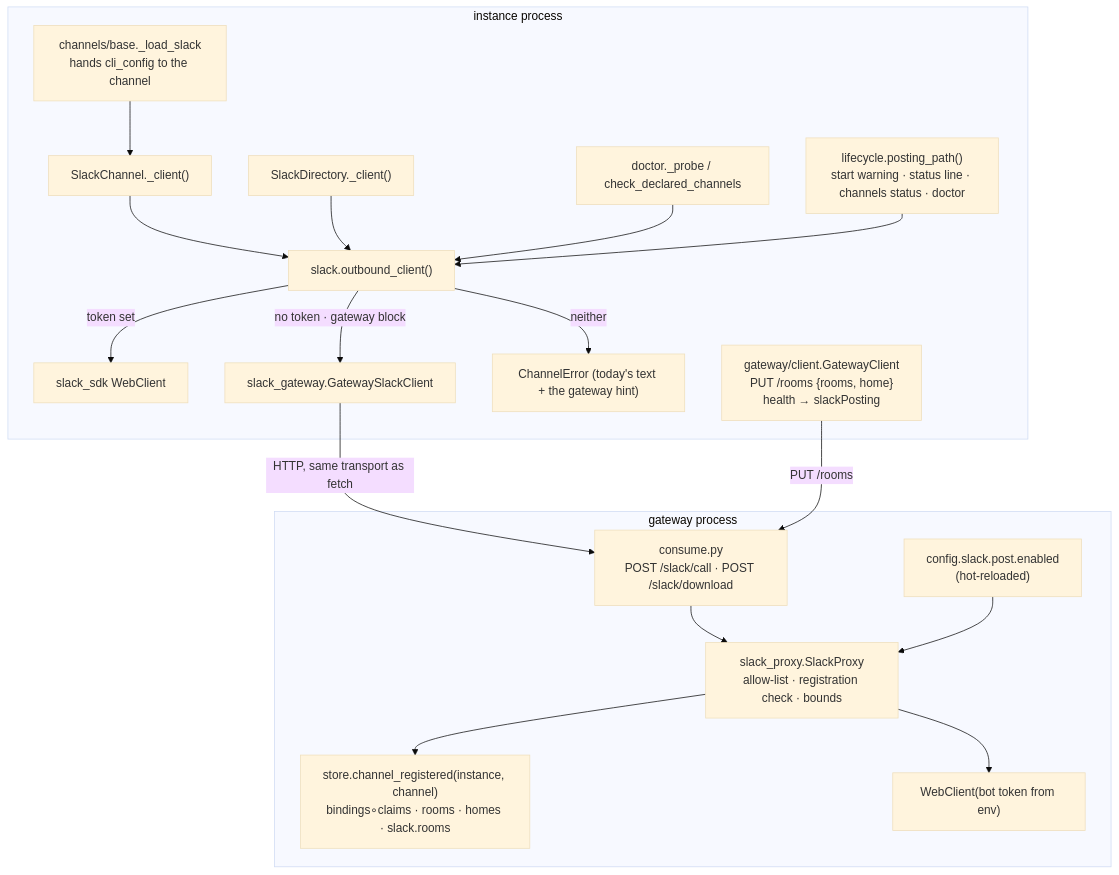
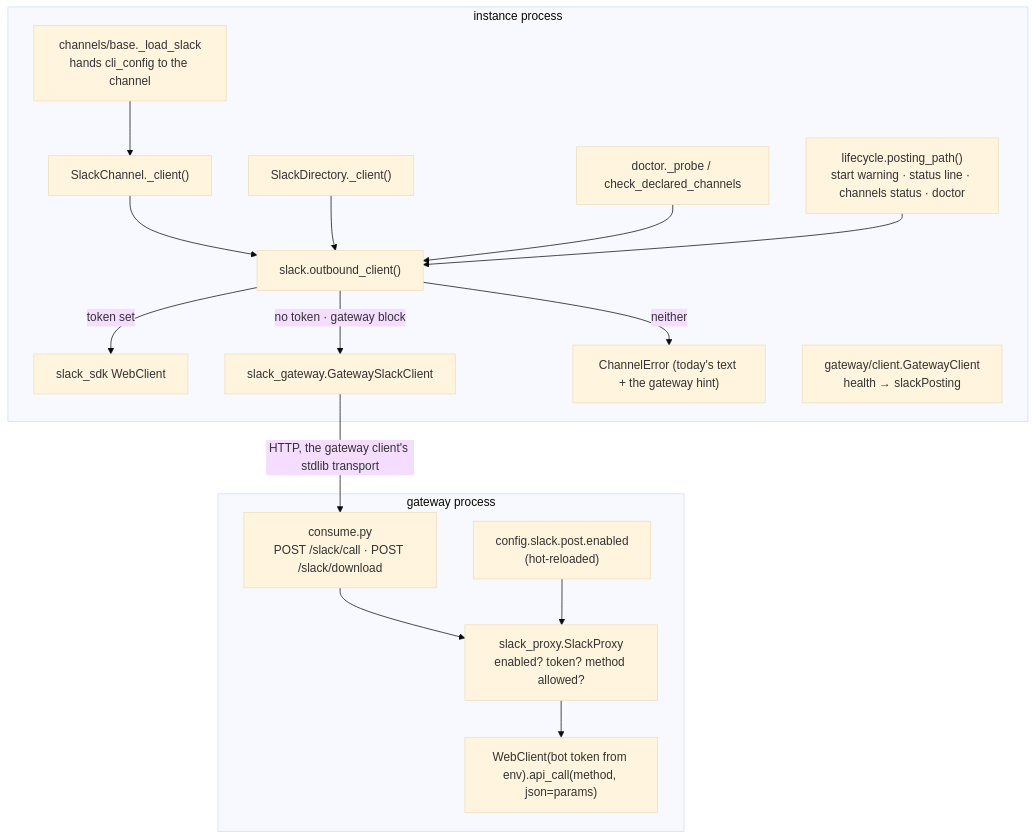
One commit to MadaraUchiha-314/the-loop changed the second of 4 diagrams in docs/specs/issue-519/design.md. Above: the diagram before and after it, drawn with Mermaid (base theme). The commit also changed other lines of this file and 3 other files, not shown here.

````diff
--- a/docs/specs/issue-519/design.md
+++ b/docs/specs/issue-519/design.md
@@ -61,22 +67,20 @@
 ```mermaid
 flowchart TB
   subgraph instance["instance process"]
     L["channels/base._load_slack<br/>hands cli_config to the channel"] --> SC["SlackChannel._client()"]
     SC --> OC["slack.outbound_client()"]
     DIR["SlackDirectory._client()"] --> OC
     DOC["doctor._probe / check_declared_channels"] --> OC
     OC -->|"token set"| SDK["slack_sdk WebClient"]
     OC -->|"no token · gateway block"| GSC["slack_gateway.GatewaySlackClient"]
     OC -->|"neither"| ERR["ChannelError (today's text + the gateway hint)"]
-    GC["gateway/client.GatewayClient<br/>PUT /rooms {rooms, home}<br/>health → slackPosting"]
+    GC["gateway/client.GatewayClient<br/>health → slackPosting"]
     ST["lifecycle.posting_path()<br/>start warning · status line · channels status · doctor"] --> OC
   end
   subgraph gateway["gateway process"]
-    RT["consume.py<br/>POST /slack/call · POST /slack/download"] --> PX["slack_proxy.SlackProxy<br/>allow-list · registration check · bounds"]
-    PX --> STO["store.channel_registered(instance, channel)<br/>bindings∘claims · rooms · homes · slack.rooms"]
-    PX --> WC["WebClient(bot token from env)"]
+    RT["consume.py<br/>POST /slack/call · POST /slack/download"] --> PX["slack_proxy.SlackProxy<br/>enabled? token? method allowed?"]
+    PX --> WC["WebClient(bot token from env).api_call(method, json=params)"]
     CFG["config.slack.post.enabled<br/>(hot-reloaded)"] --> PX
   end
-  GSC -->|"HTTP, same transport as fetch"| RT
-  GC -->|"PUT /rooms"| RT
+  GSC -->|"HTTP, the gateway client's stdlib transport"| RT
 ```
````
